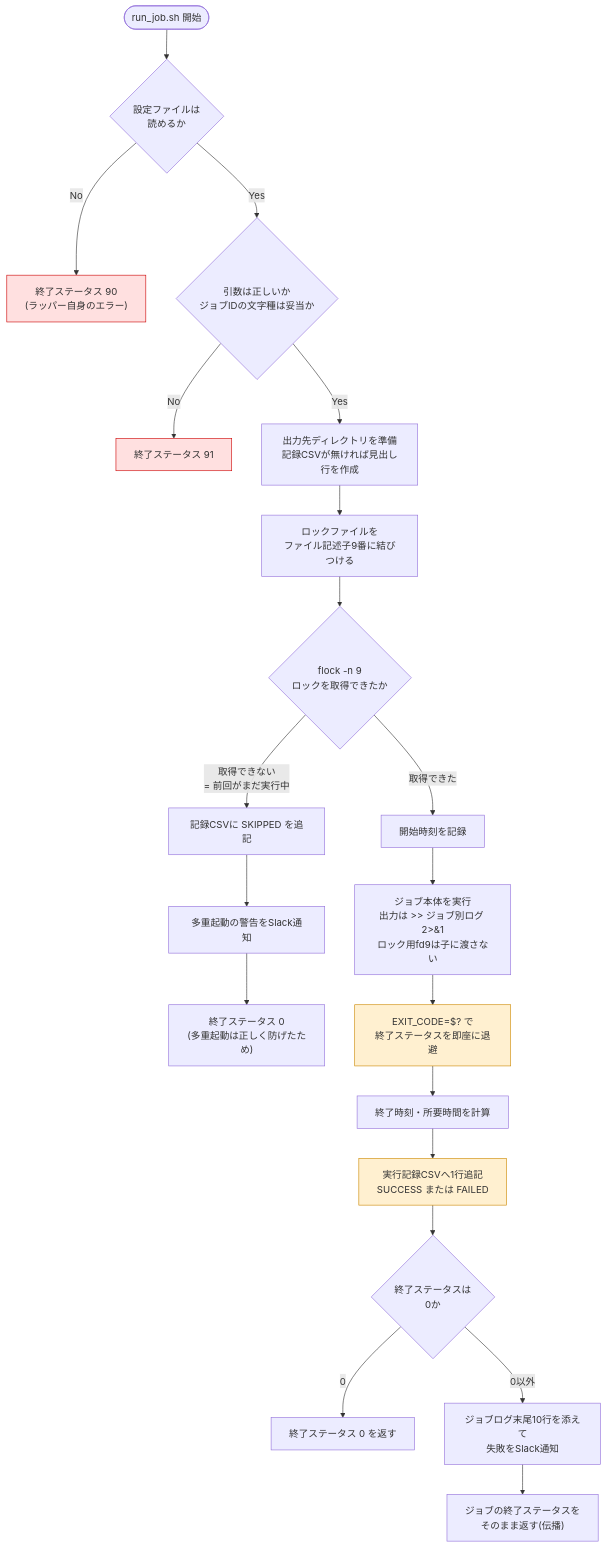
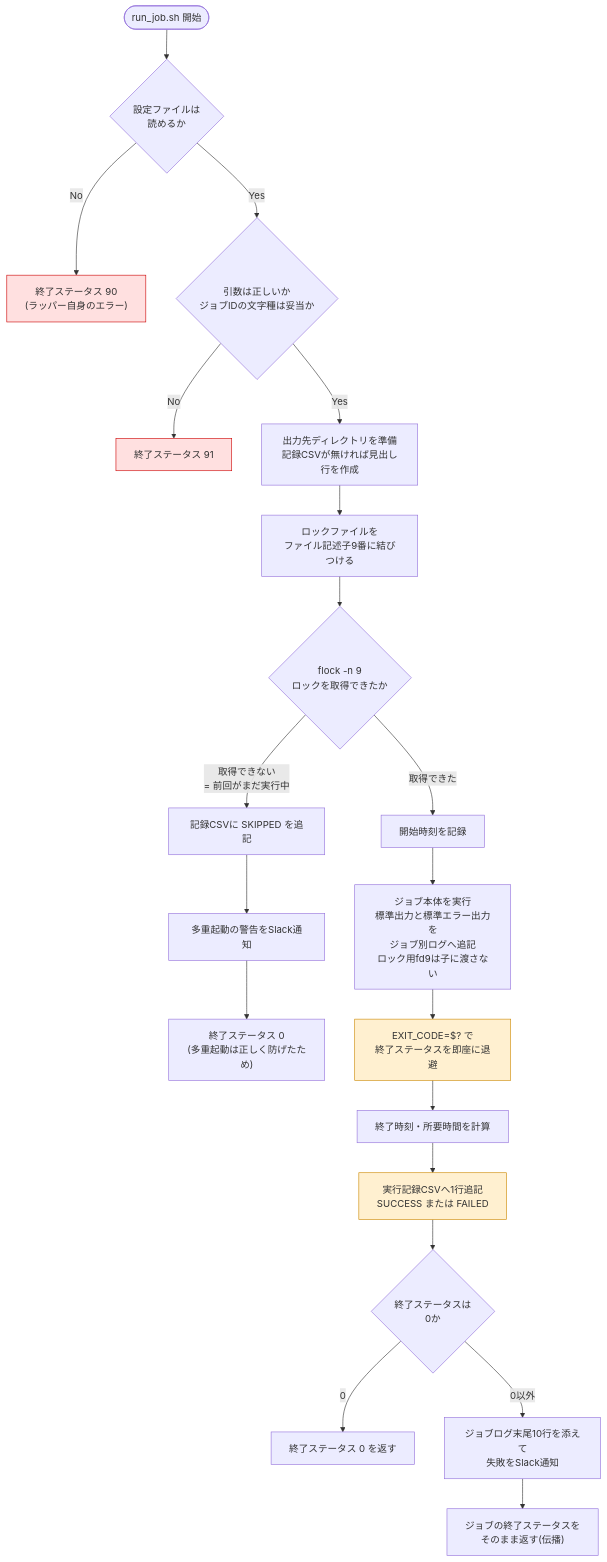
The second of 4 diagrams in improvements/04-cron-job-observability/03-design.md (ns7jp/automation), drawn with Mermaid before and after one commit. The commit also changed other lines of this file and 11 other files, not shown here.

````diff
--- a/improvements/04-cron-job-observability/03-design.md
+++ b/improvements/04-cron-job-observability/03-design.md
@@ -127,31 +127,31 @@
 ```mermaid
 flowchart TD
     START(["run_job.sh 開始"]) --> CONF{"設定ファイルは<br/>読めるか"}
     CONF -->|"No"| E90["終了ステータス 90<br/>(ラッパー自身のエラー)"]
     CONF -->|"Yes"| ARG{"引数は正しいか<br/>ジョブIDの文字種は妥当か"}
     ARG -->|"No"| E91["終了ステータス 91"]
     ARG -->|"Yes"| DIR["出力先ディレクトリを準備<br/>記録CSVが無ければ見出し行を作成"]
 
     DIR --> LOCK["ロックファイルを<br/>ファイル記述子9番に結びつける"]
     LOCK --> FLOCK{"flock -n 9<br/>ロックを取得できたか"}
 
     FLOCK -->|"取得できない<br/>= 前回がまだ実行中"| SKIP["記録CSVに SKIPPED を追記"]
     SKIP --> SKIPN["多重起動の警告をSlack通知"]
     SKIPN --> E0["終了ステータス 0<br/>(多重起動は正しく防げたため)"]
 
     FLOCK -->|"取得できた"| T1["開始時刻を記録"]
-    T1 --> RUN["ジョブ本体を実行<br/>出力は >> ジョブ別ログ 2>&1<br/>ロック用fd9は子に渡さない"]
+    T1 --> RUN["ジョブ本体を実行<br/>標準出力と標準エラー出力を<br/>ジョブ別ログへ追記<br/>ロック用fd9は子に渡さない"]
     RUN --> RC["EXIT_CODE=$? で<br/>終了ステータスを即座に退避"]
     RC --> T2["終了時刻・所要時間を計算"]
     T2 --> REC["実行記録CSVへ1行追記<br/>SUCCESS または FAILED"]
 
     REC --> JUDGE{"終了ステータスは<br/>0か"}
     JUDGE -->|"0"| ENDOK["終了ステータス 0 を返す"]
     JUDGE -->|"0以外"| NOTIFY["ジョブログ末尾10行を添えて<br/>失敗をSlack通知"]
     NOTIFY --> ENDNG["ジョブの終了ステータスを<br/>そのまま返す(伝播)"]
 
     style RC fill:#fff0d0,stroke:#c80
     style REC fill:#fff0d0,stroke:#c80
     style E90 fill:#ffe0e0,stroke:#c00
     style E91 fill:#ffe0e0,stroke:#c00
 ```
````
